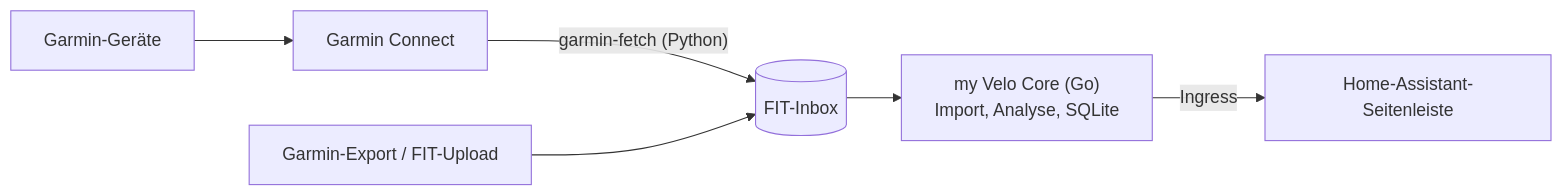
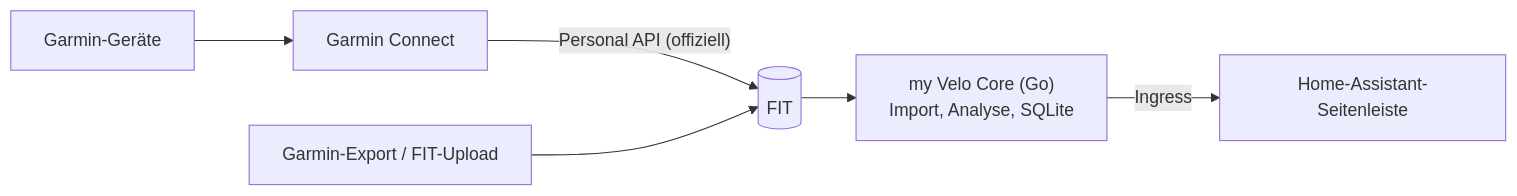
Before and after one commit to stefanluchs/my-velo: the diagram in README.md, drawn with Mermaid. The commit also changed other lines of this file and 7 other files, not shown here.

First line of the commit message:
Release 0.6.0: Personal API sync, new categories, Eddington

````diff
--- a/README.md
+++ b/README.md
@@ -27,8 +27,8 @@
 ```mermaid
 flowchart LR
     DEV[Garmin-Geräte] --> GC[Garmin Connect]
-    GC -- "garmin-fetch (Python)" --> INBOX[(FIT-Inbox)]
+    GC -- "Personal API (offiziell)" --> INBOX[(FIT)]
     UP[Garmin-Export / FIT-Upload] --> INBOX
     INBOX --> CORE["my Velo Core (Go)<br/>Import, Analyse, SQLite"]
     CORE -- Ingress --> HA[Home-Assistant-Seitenleiste]
 ```
````
